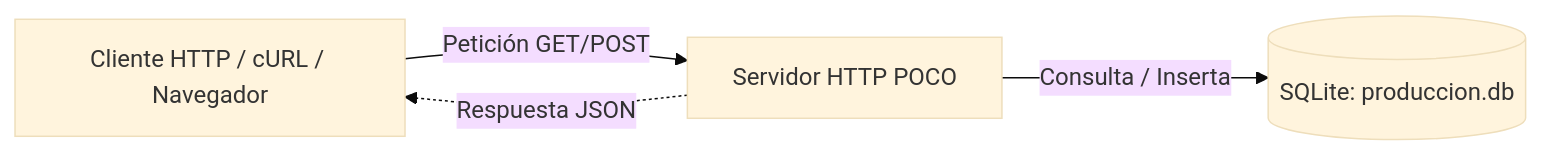
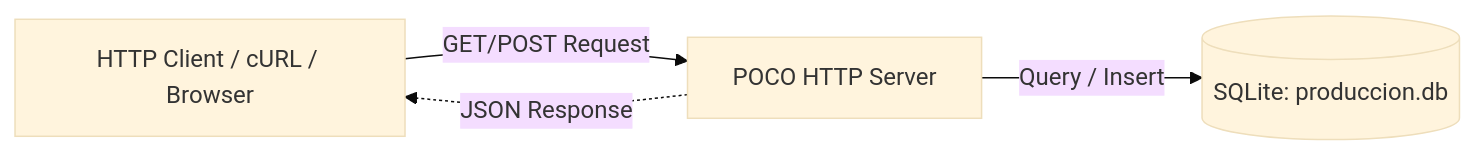
One commit to mfalconf/igt_playground changed the third of 4 diagrams in readme.md. Above: the diagram before and after it, drawn with Mermaid (base theme). The commit also changed other lines of this file and 7 other files, not shown here.

````diff
--- a/readme.md
+++ b/readme.md
@@ -109,7 +109,7 @@
 ```mermaid
 graph LR
-    A[Cliente HTTP / cURL / Navegador] -->|Petición GET/POST| B[Servidor HTTP POCO]
-    B -->|Consulta / Inserta| C[(SQLite: produccion.db)]
-    B -.->|Respuesta JSON| A
+    A[HTTP Client / cURL / Browser] -->|GET/POST Request| B[POCO HTTP Server]
+    B -->|Query / Insert| C[(SQLite: produccion.db)]
+    B -.->|JSON Response| A
 
 ```
````
